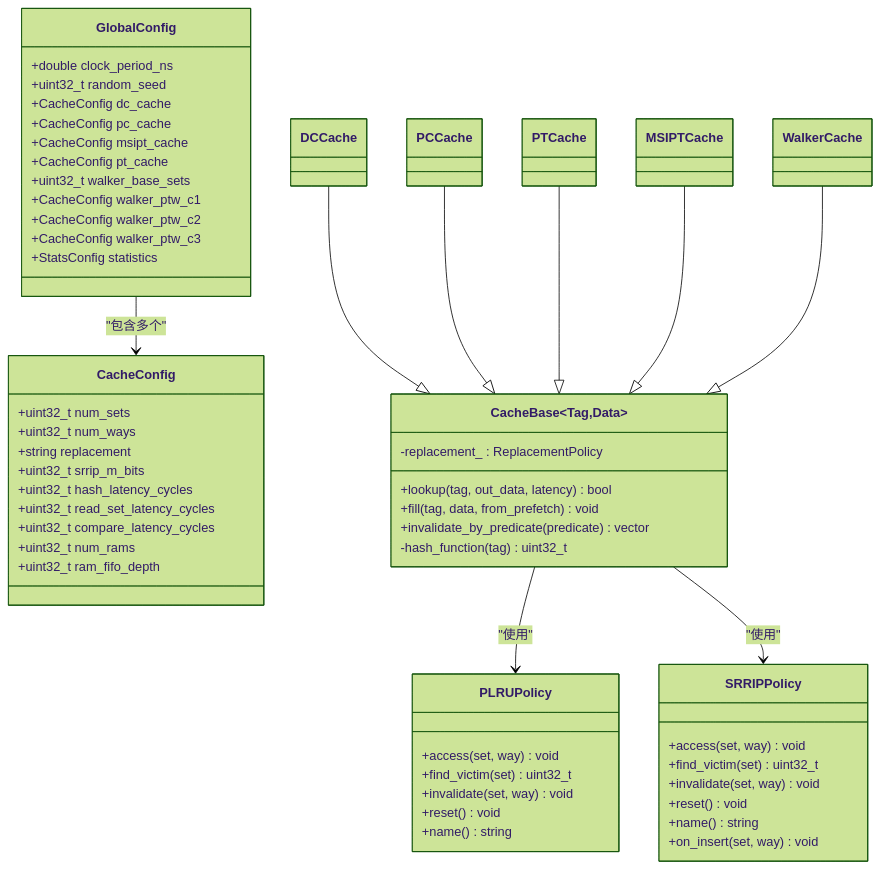
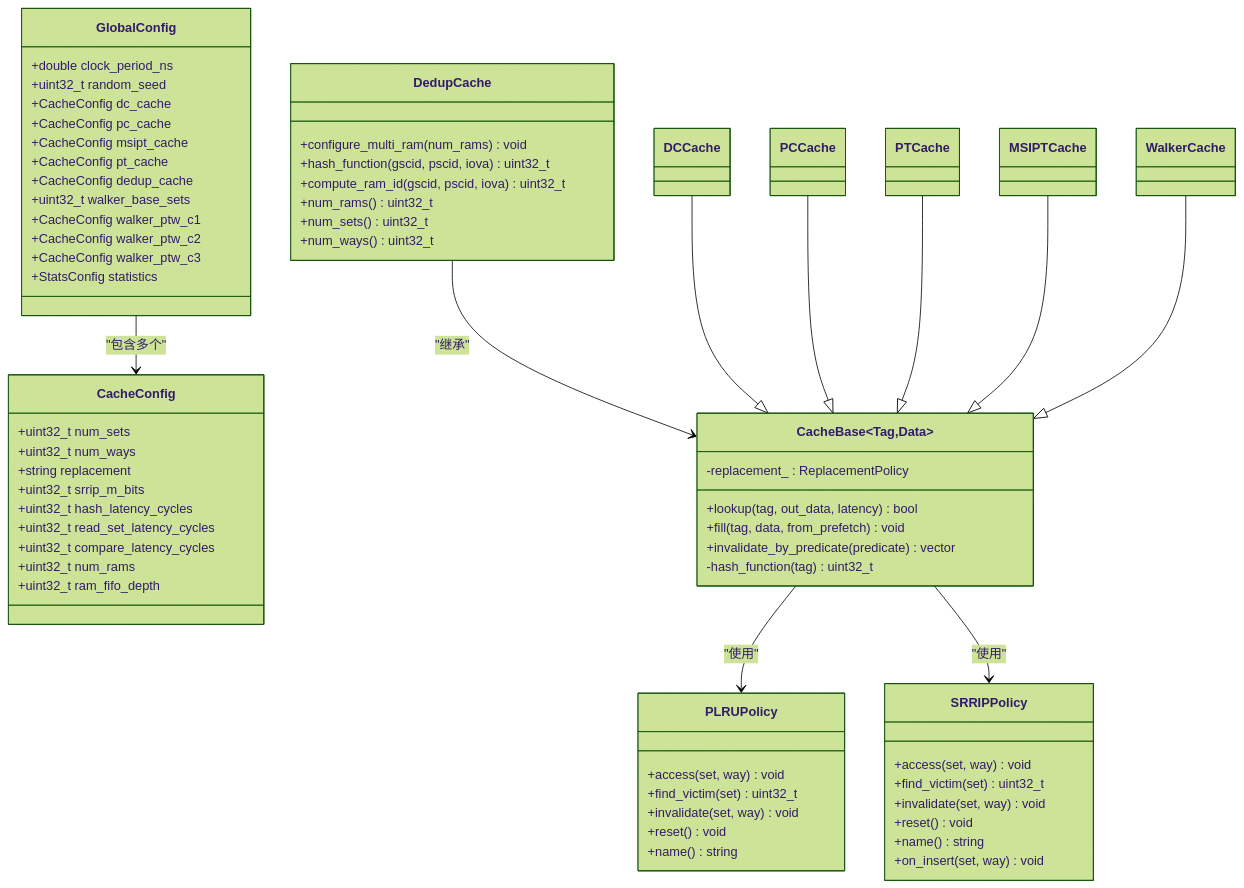
The fifth of 5 diagrams in .qoder/repowiki/zh/content/配置与参数/缓存配置.md (jiangjiang1122/iommu_model_20260401_v1), drawn with Mermaid (forest theme) before and after one commit. The commit also changed other lines of this file and 55 other files, not shown here.

````diff
--- a/.qoder/repowiki/zh/content/配置与参数/缓存配置.md
+++ b/.qoder/repowiki/zh/content/配置与参数/缓存配置.md
@@ -330,62 +403,72 @@
 ```mermaid
 classDiagram
 class GlobalConfig {
 +double clock_period_ns
 +uint32_t random_seed
 +CacheConfig dc_cache
 +CacheConfig pc_cache
 +CacheConfig msipt_cache
 +CacheConfig pt_cache
++CacheConfig dedup_cache
 +uint32_t walker_base_sets
 +CacheConfig walker_ptw_c1
 +CacheConfig walker_ptw_c2
 +CacheConfig walker_ptw_c3
 +StatsConfig statistics
 }
 class CacheConfig {
 +uint32_t num_sets
 +uint32_t num_ways
 +string replacement
 +uint32_t srrip_m_bits
 +uint32_t hash_latency_cycles
 +uint32_t read_set_latency_cycles
 +uint32_t compare_latency_cycles
 +uint32_t num_rams
 +uint32_t ram_fifo_depth
 }
 class CacheBase~Tag,Data~ {
 +lookup(tag, out_data, latency) bool
 +fill(tag, data, from_prefetch) void
 +invalidate_by_predicate(predicate) vector<Tag>
 -hash_function(tag) uint32_t
 -replacement_ : ReplacementPolicy
 }
+class DedupCache {
++configure_multi_ram(num_rams) void
++hash_function(gscid, pscid, iova) uint32_t
++compute_ram_id(gscid, pscid, iova) uint32_t
++num_rams() uint32_t
++num_sets() uint32_t
++num_ways() uint32_t
+}
 class PLRUPolicy {
 +access(set, way) void
 +find_victim(set) uint32_t
 +invalidate(set, way) void
 +reset() void
 +name() string
 }
 class SRRIPPolicy {
 +access(set, way) void
 +find_victim(set) uint32_t
 +invalidate(set, way) void
 +reset() void
 +name() string
 +on_insert(set, way) void
 }
 class DCCache
 class PCCache
 class PTCache
 class MSIPTCache
 class WalkerCache
 GlobalConfig --> CacheConfig : "包含多个"
 CacheBase --> PLRUPolicy : "使用"
 CacheBase --> SRRIPPolicy : "使用"
+DedupCache --> CacheBase : "继承"
 DCCache --|> CacheBase
 PCCache --|> CacheBase
 PTCache --|> CacheBase
 MSIPTCache --|> CacheBase
 WalkerCache --|> CacheBase
 ```
````
